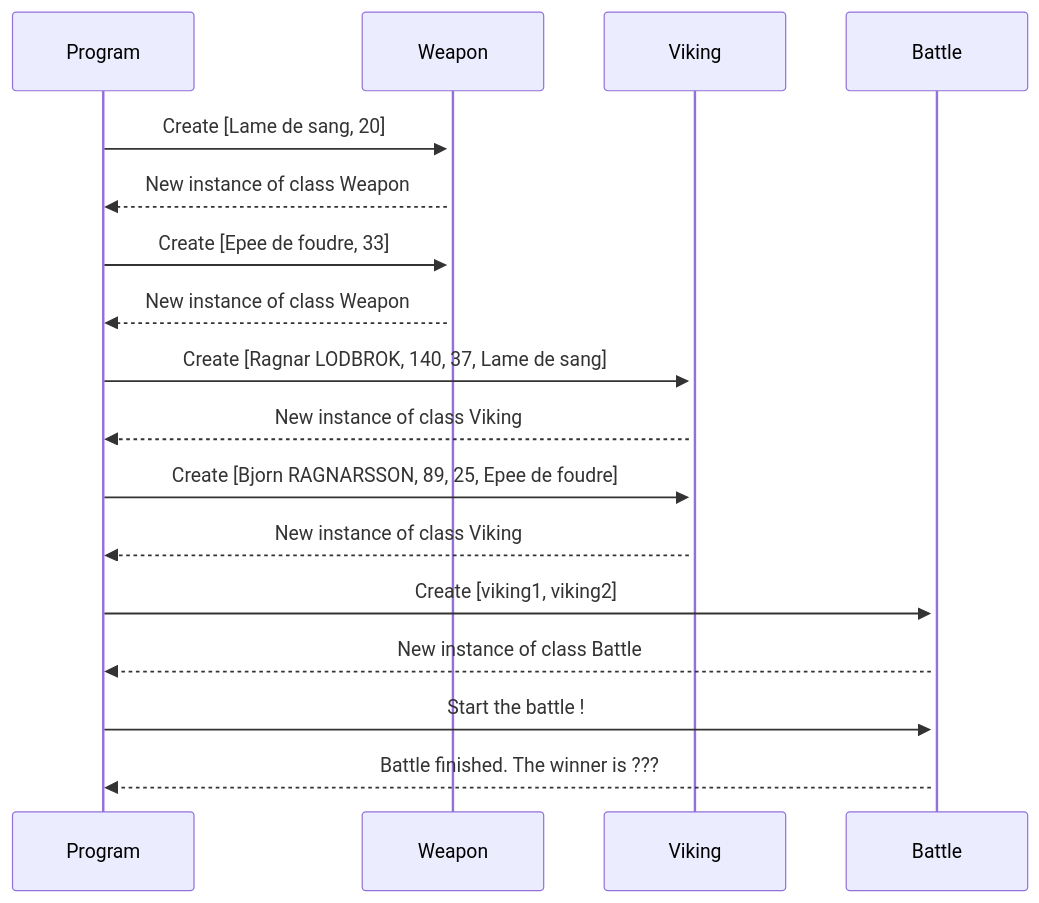
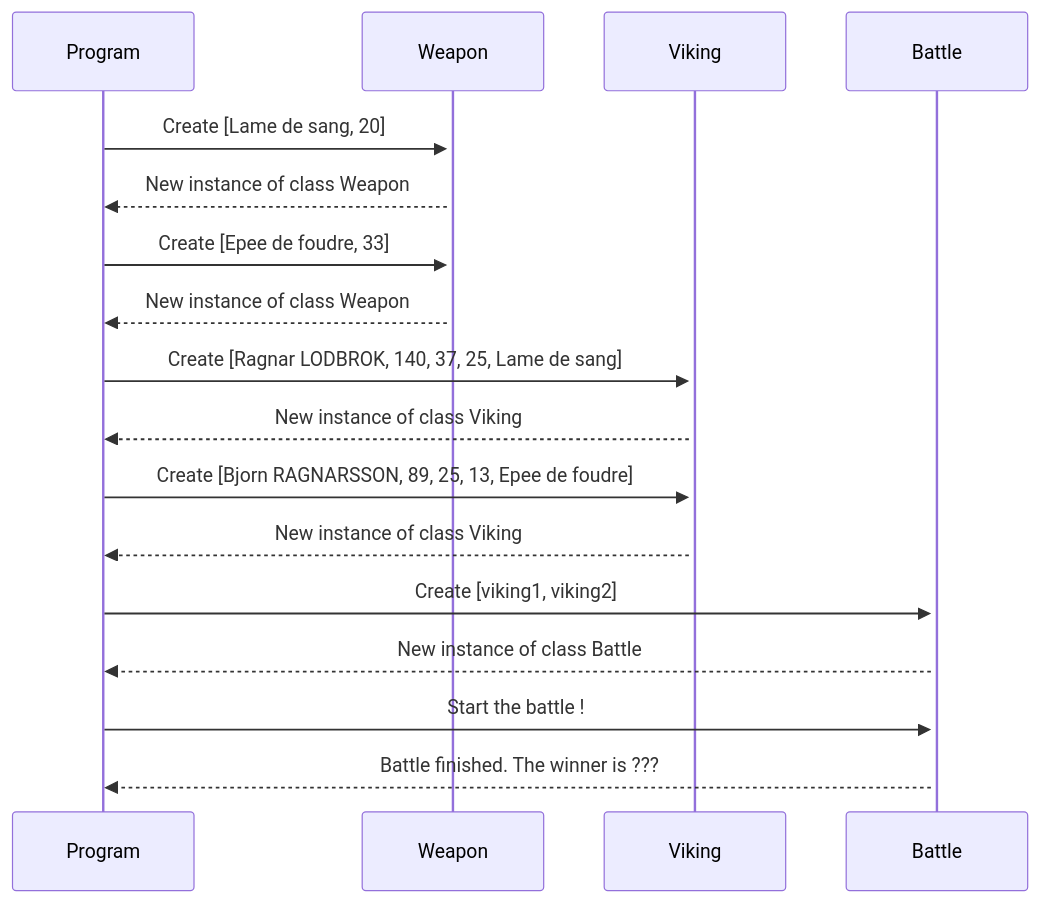
One commit to JeremyFelix720/exos_poo changed the diagram in src/viking_exos/infos/sequence_diagram.md. Above: the diagram before and after it, drawn with Mermaid. The commit also changed 5 other files, not shown here.

````diff
--- a/src/viking_exos/infos/sequence_diagram.md
+++ b/src/viking_exos/infos/sequence_diagram.md
@@ -1,20 +1,20 @@
 ```mermaid
 sequenceDiagram
     Program->>+Weapon: Create [Lame de sang, 20]
     Weapon-->>Program: New instance of class Weapon
 
     Program->>+Weapon: Create [Epee de foudre, 33]
     Weapon-->>Program: New instance of class Weapon
 
-    Program->>+Viking: Create [Ragnar LODBROK, 140, 37, Lame de sang]
+    Program->>+Viking: Create [Ragnar LODBROK, 140, 37, 25, Lame de sang]
     Viking-->>Program: New instance of class Viking
 
-    Program->>+Viking: Create [Bjorn RAGNARSSON, 89, 25, Epee de foudre]
+    Program->>+Viking: Create [Bjorn RAGNARSSON, 89, 25, 13, Epee de foudre]
     Viking-->>Program: New instance of class Viking
 
     Program->>+Battle: Create [viking1, viking2]
     Battle-->>Program: New instance of class Battle
 
     Program->>+Battle: Start the battle !
     Battle-->>Program: Battle finished. The winner is ???
 ```
````
